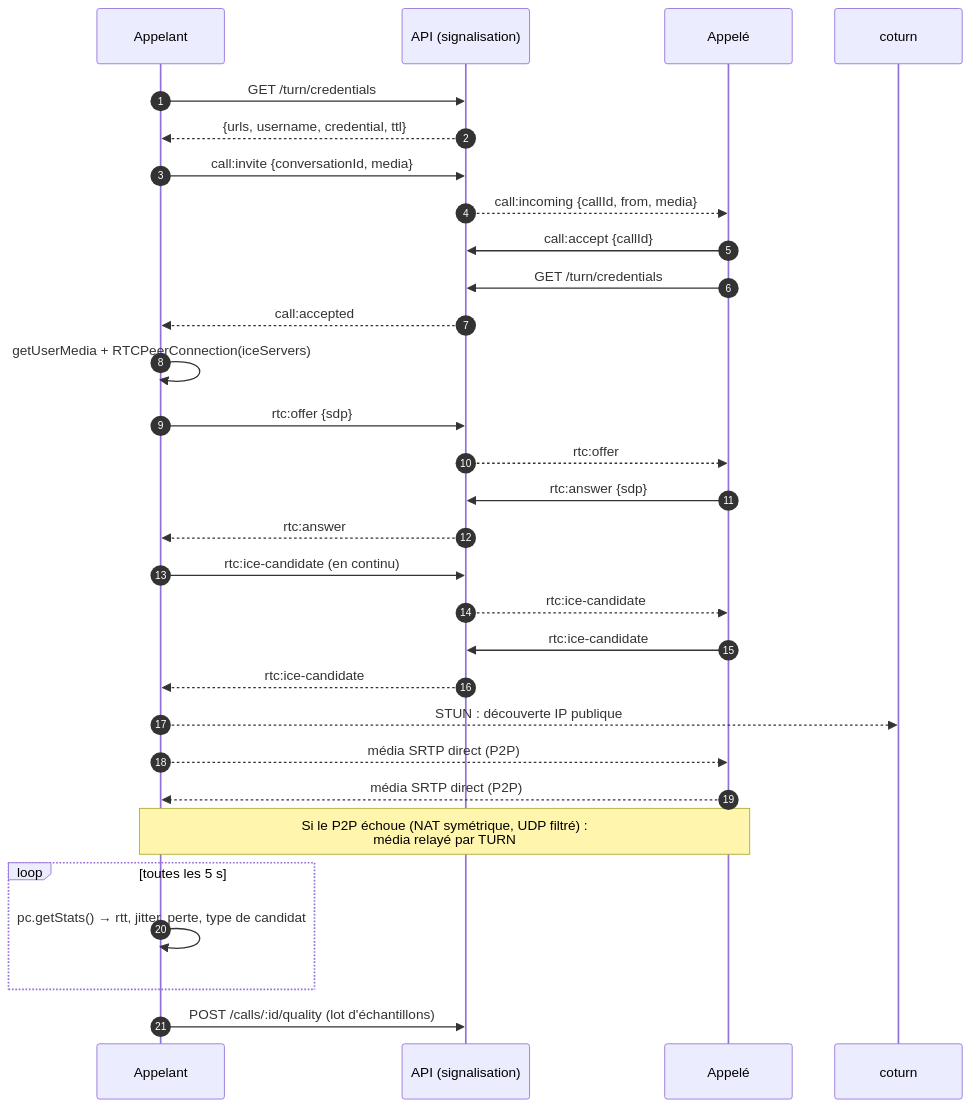
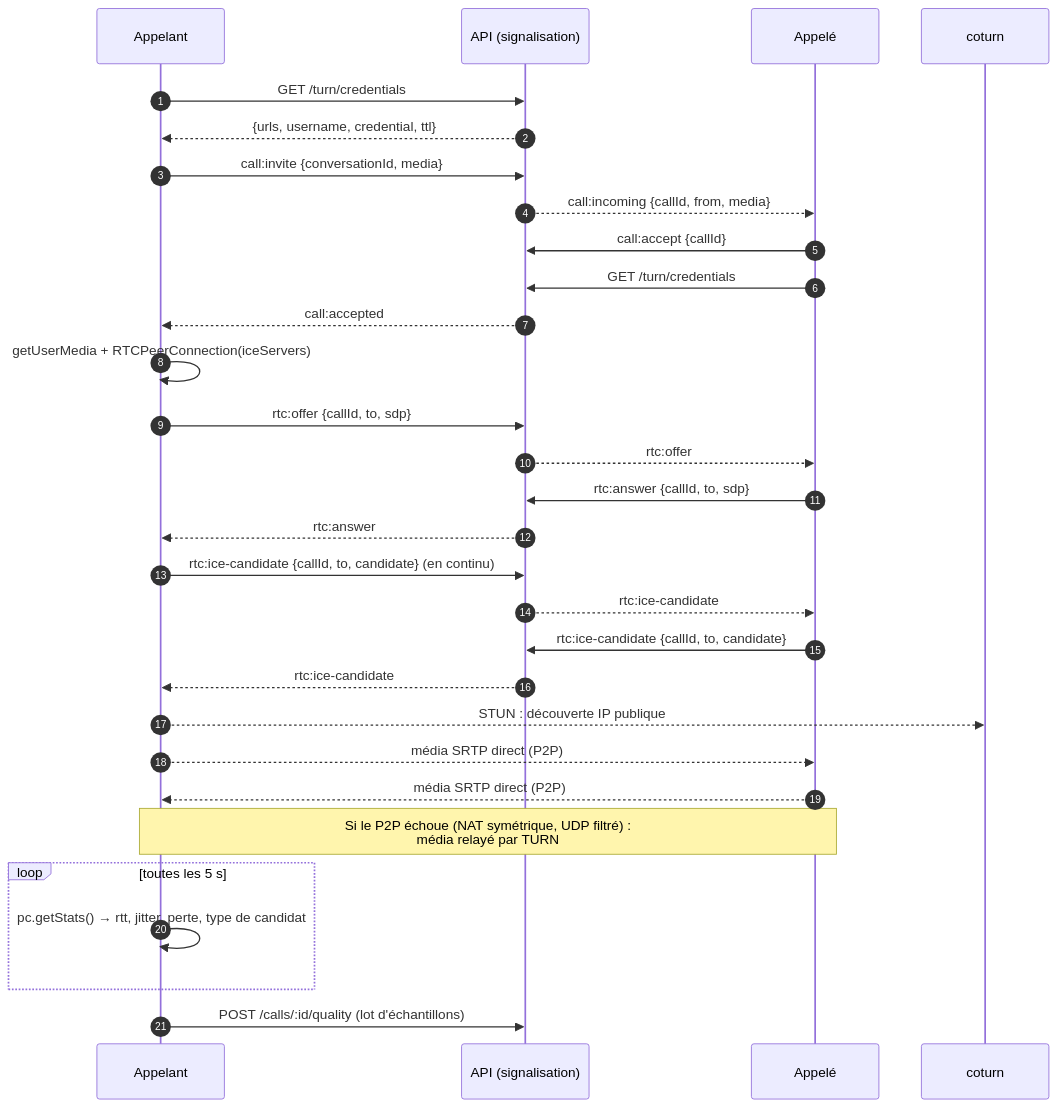
Before and after one commit to tomriquier2004-dev/chatisen: the fifth of 6 diagrams in docs/architecture.md, drawn with Mermaid. The commit also changed other lines of this file, not shown here.

Commit message:
docs(calls): align signaling payloads and lifecycle events

````diff
--- a/docs/architecture.md
+++ b/docs/architecture.md
@@ -356,33 +357,33 @@
 ```mermaid
 sequenceDiagram
     autonumber
     participant A as Appelant
     participant S as API (signalisation)
     participant B as Appelé
     participant T as coturn
 
     A->>S: GET /turn/credentials
     S-->>A: {urls, username, credential, ttl}
     A->>S: call:invite {conversationId, media}
     S-->>B: call:incoming {callId, from, media}
     B->>S: call:accept {callId}
     B->>S: GET /turn/credentials
     S-->>A: call:accepted
     A->>A: getUserMedia + RTCPeerConnection(iceServers)
-    A->>S: rtc:offer {sdp}
+    A->>S: rtc:offer {callId, to, sdp}
     S-->>B: rtc:offer
-    B->>S: rtc:answer {sdp}
+    B->>S: rtc:answer {callId, to, sdp}
     S-->>A: rtc:answer
-    A->>S: rtc:ice-candidate (en continu)
+    A->>S: rtc:ice-candidate {callId, to, candidate} (en continu)
     S-->>B: rtc:ice-candidate
-    B->>S: rtc:ice-candidate
+    B->>S: rtc:ice-candidate {callId, to, candidate}
     S-->>A: rtc:ice-candidate
     A-->>T: STUN : découverte IP publique
     A-->>B: média SRTP direct (P2P)
     B-->>A: média SRTP direct (P2P)
     Note over A,B: Si le P2P échoue (NAT symétrique, UDP filtré) :<br/>média relayé par TURN
     loop toutes les 5 s
         A->>A: pc.getStats() → rtt, jitter, perte, type de candidat
     end
     A->>S: POST /calls/:id/quality (lot d'échantillons)
 ```
````
